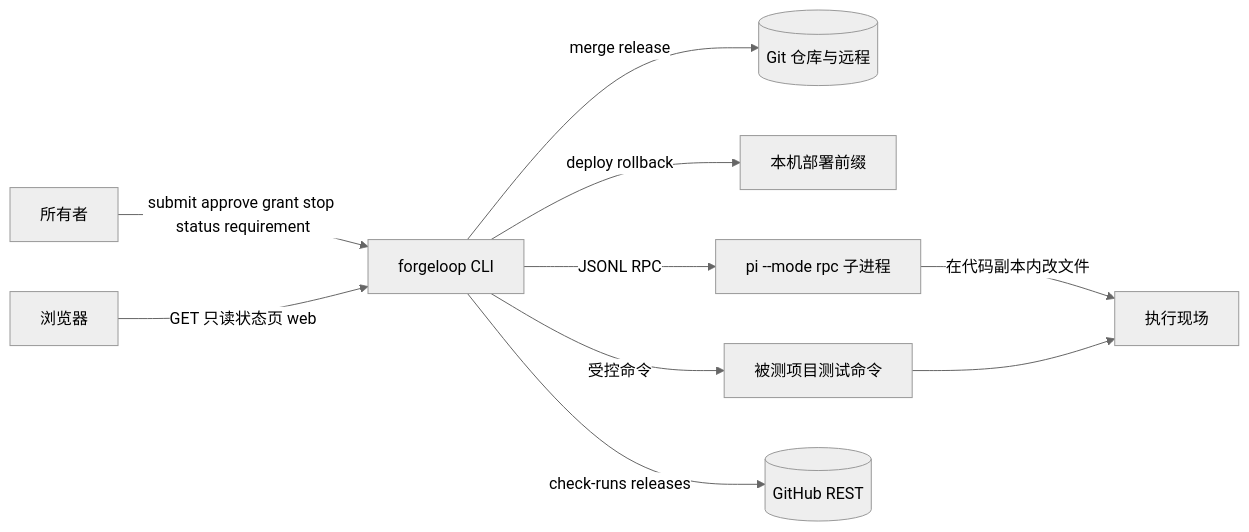
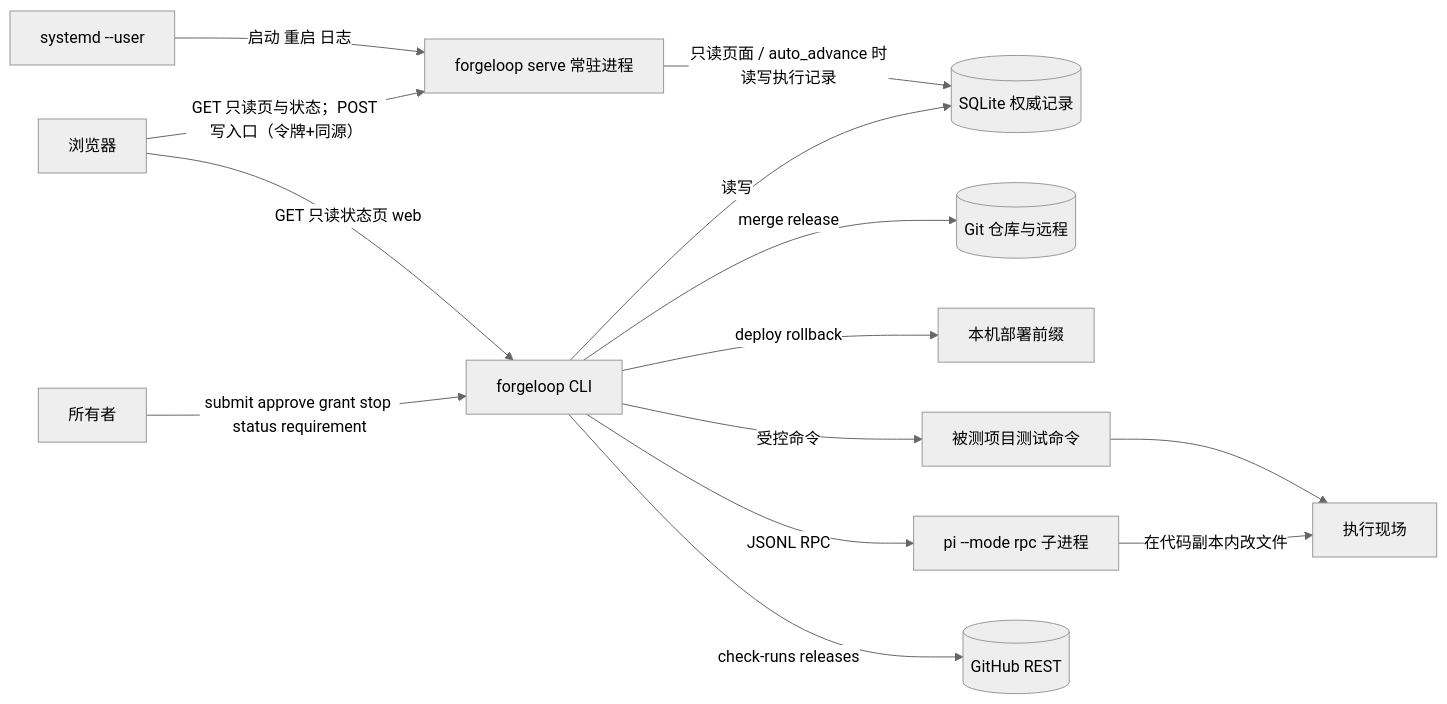
The first of 9 diagrams in docs/architecture.md (Lijiajin95/ForgeLoop), drawn with Mermaid (neutral theme) before and after one commit. The commit also changed other lines of this file and 62 other files, not shown here.

````diff
--- a/docs/architecture.md
+++ b/docs/architecture.md
@@ -20,12 +20,16 @@
 ```mermaid
 flowchart LR
   Owner[所有者] -->|submit approve grant stop status requirement| CLI[forgeloop CLI]
   Browser[浏览器] -->|GET 只读状态页 web| CLI
+  Browser -->|GET 只读页与状态；POST 写入口（令牌+同源）| Serve[forgeloop serve 常驻进程]
+  CLI -->|读写| Records[(SQLite 权威记录)]
+  Serve -->|只读页面 / auto_advance 时读写执行记录| Records
+  Systemd[systemd --user] -->|启动 重启 日志| Serve
   CLI -->|merge release| Git[(Git 仓库与远程)]
   CLI -->|deploy rollback| Prefix[本机部署前缀]
   CLI -->|JSONL RPC| PI[pi --mode rpc 子进程]
   CLI -->|受控命令| Project[被测项目测试命令]
   CLI -->|check-runs releases| GitHub[(GitHub REST)]
   PI -->|在代码副本内改文件| WS[执行现场]
   Project --> WS
 ```
````
